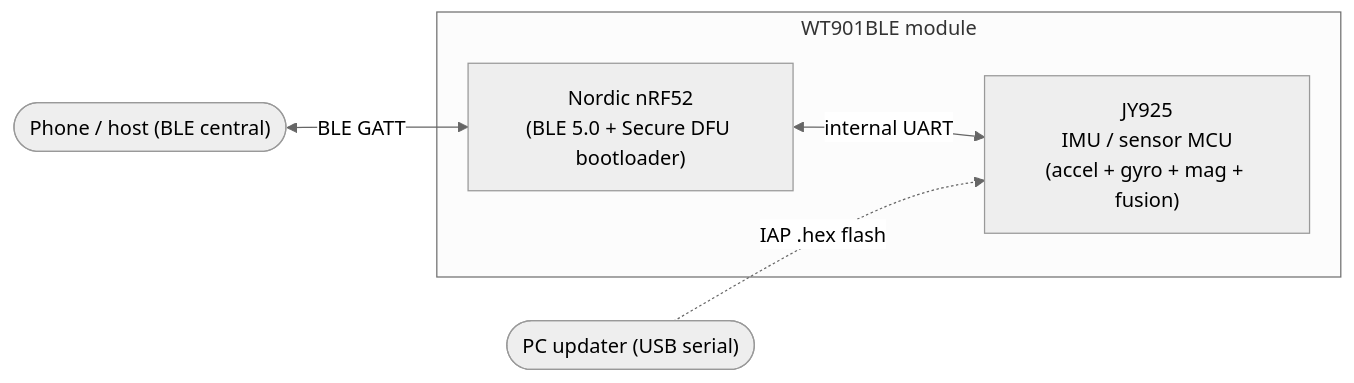
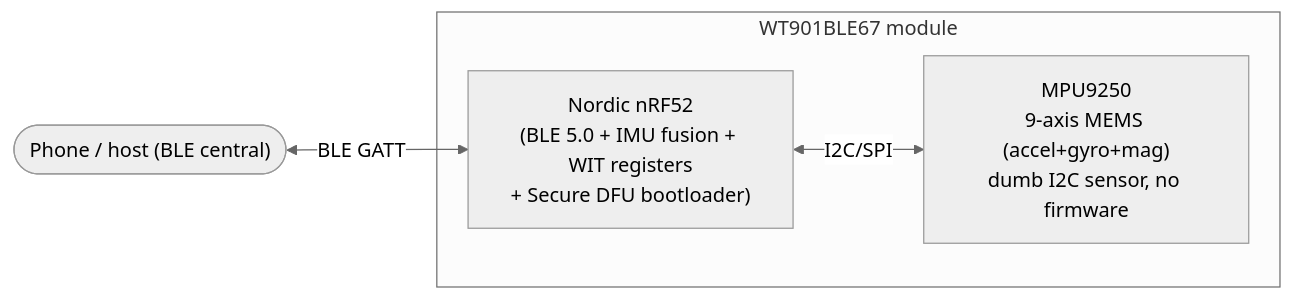
The diagram in docs/ARCHITECTURE.md (awto-au/awto-wit), drawn with Mermaid (neutral theme) before and after one commit. The commit also changed other lines of this file, not shown here.

First line of the commit message:
docs: correct architecture to nRF52+MPU9250 single-MCU; add App/SDK/firmware notes

````diff
--- a/docs/ARCHITECTURE.md
+++ b/docs/ARCHITECTURE.md
@@ -10,10 +10,9 @@
 ```mermaid
 flowchart LR
-  subgraph Module["WT901BLE module"]
-    NRF["Nordic nRF52\n(BLE 5.0 + Secure DFU bootloader)"]
-    JY["JY925\nIMU / sensor MCU\n(accel + gyro + mag + fusion)"]
-    NRF <-->|internal UART| JY
+  subgraph Module["WT901BLE67 module"]
+    NRF["Nordic nRF52\n(BLE 5.0 + IMU fusion + WIT registers\n+ Secure DFU bootloader)"]
+    MEMS["MPU9250\n9-axis MEMS (accel+gyro+mag)\ndumb I2C sensor, no firmware"]
+    NRF <-->|I2C/SPI| MEMS
   end
   Phone(["Phone / host (BLE central)"]) <-->|BLE GATT| NRF
-  PC(["PC updater (USB serial)"]) -. "IAP .hex flash" .-> JY
 ```
````
